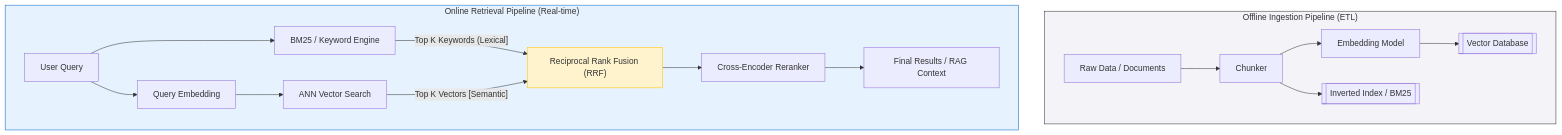
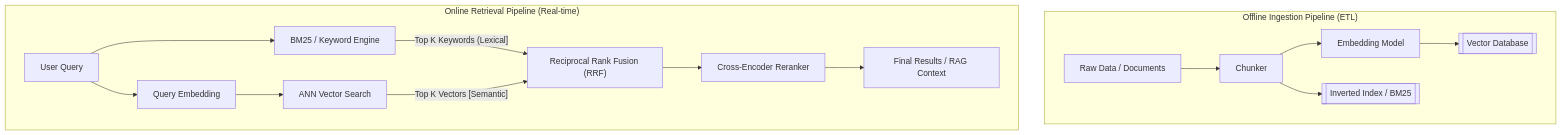
Before and after one commit to kythuatdulieu/kythuatdulieu.github.io: the diagram in src/content/docs/concepts/9-genai-machine-learning/semantic-search.md, drawn with Mermaid. The commit also changed 682 other files, not shown here.

````diff
--- a/src/content/docs/concepts/9-genai-machine-learning/semantic-search.md
+++ b/src/content/docs/concepts/9-genai-machine-learning/semantic-search.md
@@ -30,25 +30,24 @@
 ```mermaid
 graph TD
     subgraph Offline_Ingestion_Pipeline["Offline Ingestion Pipeline (ETL)"]
         RD[Raw Data / Documents] --> CH[Chunker]
         CH --> EM[Embedding Model]
         EM --> VD[[Vector Database]]
         CH --> KW[[Inverted Index / BM25]]
     end
 
     subgraph Online_Retrieval_Pipeline["Online Retrieval Pipeline (Real-time)"]
         UQ[User Query] --> QE[Query Embedding]
         UQ --> BM_Q[BM25 / Keyword Engine]
         QE --> ANN[ANN Vector Search]
         
         BM_Q -- Top K Keywords (Lexical] --> RRF["Reciprocal Rank Fusion (RRF)"]
         ANN -- Top K Vectors [Semantic] --> RRF
         
         RRF --> RE[Cross-Encoder Reranker]
         RE --> FR[Final Results / RAG Context]
     end
-    
-    style Offline_Ingestion_Pipeline fill:#f4f4f8,stroke:#333
-    style Online_Retrieval_Pipeline fill:#e6f3ff,stroke:#0066cc
-    style RRF fill:#fff3cd,stroke:#ffc107
+
+
+
 ```
````
